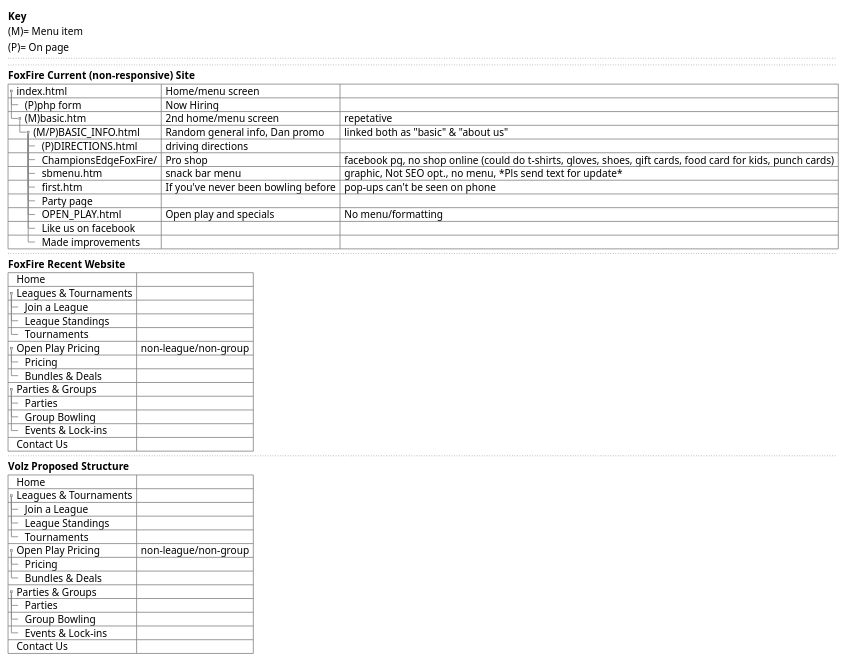
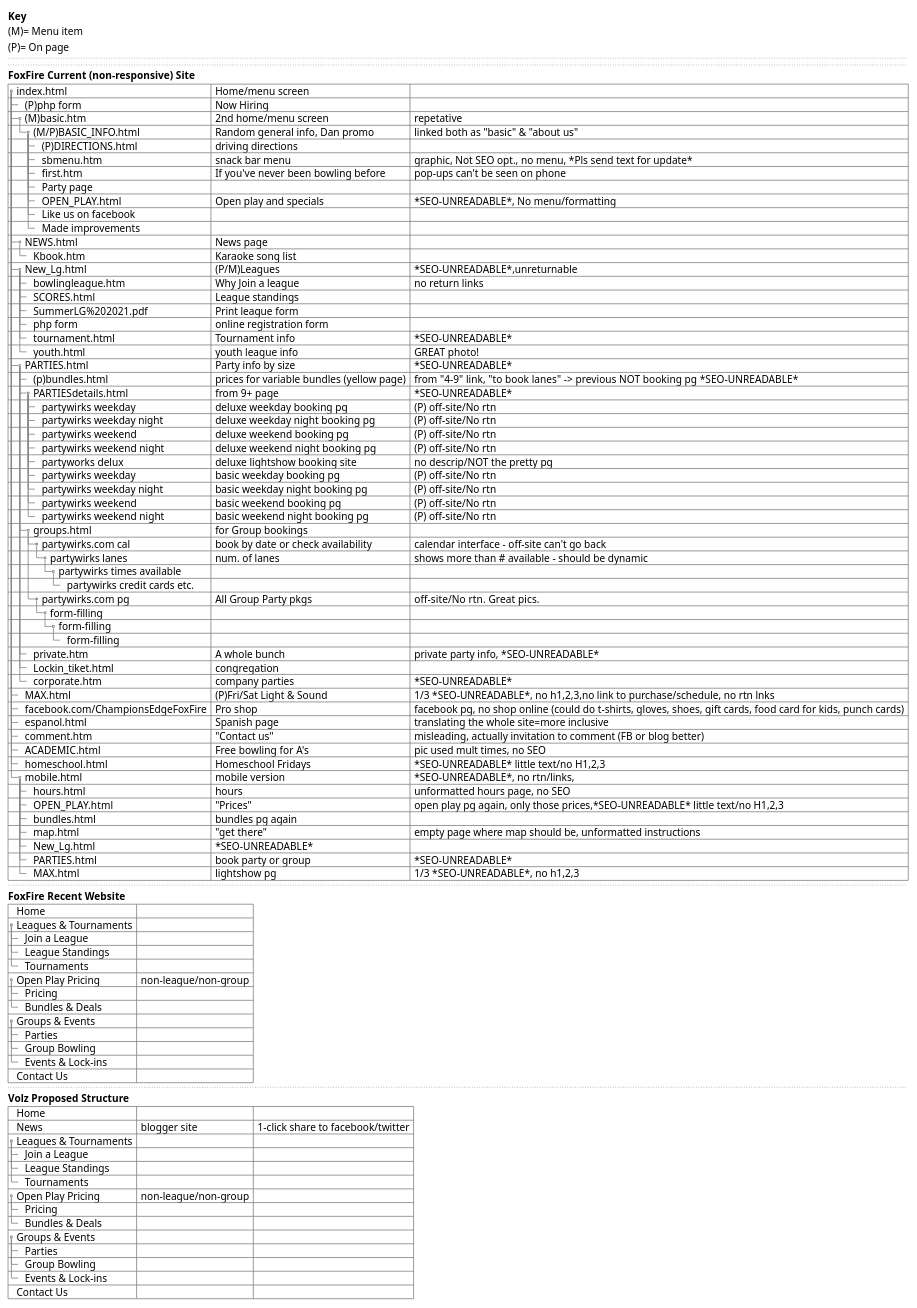
The diagram in Planning/website_map.puml (Larry-Volz/FoxFire-Lanes), drawn with PlantUML before and after one commit. The commit also changed 17 other files, not shown here.

```diff
--- a/Planning/website_map.puml
+++ b/Planning/website_map.puml
@@ -3,63 +3,133 @@
 @startsalt
 {
 **Key**
 (M)= Menu item 
 (P)= On page
 ..
 ..
 **FoxFire Current (non-responsive) Site**
 {T#
     +index.html |Home/menu screen
+
     ++(P)php form |Now Hiring
+
     ++(M)basic.htm |2nd home/menu screen |repetative
+
     +++(M/P)BASIC_INFO.html |Random general info, Dan promo |linked both as "basic" & "about us"
+
     ++++(P)DIRECTIONS.html |driving directions 
-    ++++ChampionsEdgeFoxFire/|Pro shop|facebook pg, no shop online (could do t-shirts, gloves, shoes, gift cards, food card for kids, punch cards)
+
     ++++sbmenu.htm|snack bar menu |graphic, Not SEO opt., no menu, *Pls send text for update*
+
     ++++first.htm|If you've never been bowling before|pop-ups can't be seen on phone
     ++++Party page
-    ++++OPEN_PLAY.html|Open play and specials|No menu/formatting
+    ++++OPEN_PLAY.html|Open play and specials|*SEO-UNREADABLE*, No menu/formatting
     ++++Like us on facebook
     ++++Made improvements
+
+    ++NEWS.html|News page
+    +++Kbook.htm|Karaoke song list 
+
+    ++New_Lg.html|(P/M)Leagues |*SEO-UNREADABLE*,unreturnable
+    +++bowlingleague.htm|Why Join a league|no return links 
+    +++SCORES.html|League standings 
+    +++SummerLG%202021.pdf|Print league form
+    +++php form|online registration form 
+    +++tournament.html|Tournament info|*SEO-UNREADABLE*
+    +++youth.html|youth league info|GREAT photo! 
+
+    ++PARTIES.html|Party info by size|*SEO-UNREADABLE*
+    +++(p)bundles.html|prices for variable bundles (yellow page) |from "4-9" link, "to book lanes" -> previous NOT booking pg  *SEO-UNREADABLE*
+
+    +++PARTIESdetails.html|from 9+ page|*SEO-UNREADABLE*
+    ++++partywirks weekday |deluxe weekday booking pg|(P) off-site/No rtn
+    ++++partywirks weekday night |deluxe weekday night booking pg|(P) off-site/No rtn
+    ++++partywirks weekend |deluxe weekend booking pg|(P) off-site/No rtn
+    ++++partywirks weekend night |deluxe weekend night booking pg| (P) off-site/No rtn
+    ++++partyworks delux|deluxe lightshow booking site|no descrip/NOT the pretty pg
+    ++++partywirks weekday |basic weekday booking pg|(P) off-site/No rtn
+    ++++partywirks weekday night |basic weekday night booking pg|(P) off-site/No rtn
+    ++++partywirks weekend |basic weekend booking pg|(P) off-site/No rtn
+    ++++partywirks weekend night |basic weekend night booking pg| (P) off-site/No rtn
+
+    +++groups.html|for Group bookings
+    ++++partywirks.com cal|book by date or check availability|calendar interface - off-site can't go back  
+    +++++partywirks lanes|num. of lanes|shows more than # available - should be dynamic
+    ++++++partywirks times available 
+    +++++++ partywirks credit cards etc. 
+
+    ++++ partywirks.com pg|All Group Party pkgs|off-site/No rtn.  Great pics.
+    +++++form-filling 
+    ++++++form-filling
+    +++++++form-filling 
+    
+    +++private.htm|A whole bunch|private party info, *SEO-UNREADABLE*
+
+    +++Lockin_tiket.html|congregation
+
+    +++corporate.htm|company parties|*SEO-UNREADABLE*
+
+    ++MAX.html|(P)Fri/Sat Light & Sound|1/3 *SEO-UNREADABLE*, no h1,2,3,no link to purchase/schedule, no rtn lnks 
+    
+    ++facebook.com/ChampionsEdgeFoxFire|Pro shop|facebook pg, no shop online (could do t-shirts, gloves, shoes, gift cards, food card for kids, punch cards)
+
+    ++espanol.html|Spanish page|translating the whole site=more inclusive
+
+    ++comment.htm|"Contact us"|misleading, actually invitation to comment (FB or blog better)
+
+    ++ACADEMIC.html|Free bowling for A's|pic used mult times, no SEO
+
+    ++homeschool.html|Homeschool Fridays|*SEO-UNREADABLE* little text/no H1,2,3
+
+    ++mobile.html|mobile version|*SEO-UNREADABLE*, no rtn/links, 
+    +++hours.html|hours|unformatted hours page, no SEO
+    +++OPEN_PLAY.html|"Prices"|open play pg again, only those prices,*SEO-UNREADABLE* little text/no H1,2,3
+    +++bundles.html|bundles pg again
+    +++map.html|"get there"|empty page where map should be, unformatted instructions
+    +++New_Lg.html|*SEO-UNREADABLE*
+    +++PARTIES.html|book party or group|*SEO-UNREADABLE*
+    +++MAX.html|lightshow pg|1/3 *SEO-UNREADABLE*, no h1,2,3
+
 
 }
 ..
 **FoxFire Recent Website**
 
     {T#
     + Home
     + Leagues & Tournaments
     ++Join a League 
     ++League Standings 
     ++Tournaments 
     + Open Play Pricing |non-league/non-group
     ++Pricing 
     ++Bundles & Deals 
-    + Parties & Groups 
+    + Groups & Events 
     ++Parties 
     ++Group Bowling 
     ++Events & Lock-ins 
     + Contact Us 
 
     }
     ..
     **Volz Proposed Structure**
 
     {T#
-    + Home
+    +Home
+    +News|blogger site|1-click share to facebook/twitter
     + Leagues & Tournaments
     ++Join a League 
     ++League Standings 
     ++Tournaments 
     + Open Play Pricing |non-league/non-group
     ++Pricing 
     ++Bundles & Deals 
-    + Parties & Groups 
+    + Groups & Events 
     ++Parties 
     ++Group Bowling 
     ++Events & Lock-ins 
     + Contact Us 
 
     }
 }
 @endsalt
```
